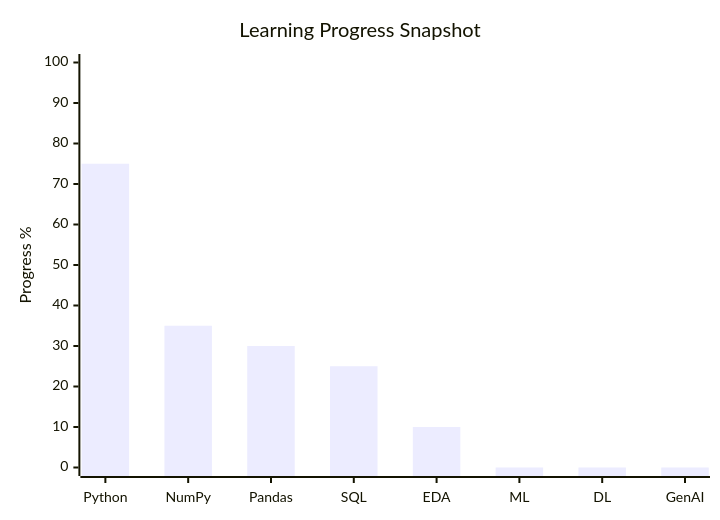
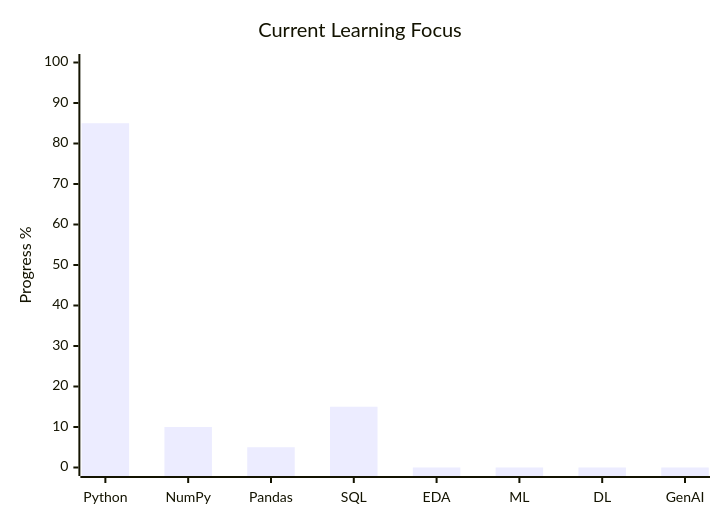
Before and after one commit to rohit-kumar-fullstack/rohit-kumar-fullstack: the second of 3 diagrams in README.md, drawn with Mermaid. The commit also changed other lines of this file, not shown here.

````diff
--- a/README.md
+++ b/README.md
@@ -253,7 +268,7 @@
 ```mermaid
 xychart-beta
-    title "Learning Progress Snapshot"
+    title "Current Learning Focus"
     x-axis ["Python", "NumPy", "Pandas", "SQL", "EDA", "ML", "DL", "GenAI"]
     y-axis "Progress %" 0 --> 100
-    bar [75, 35, 30, 25, 10, 0, 0, 0]
+    bar [85, 10, 5, 15, 0, 0, 0, 0]
 ```
````
